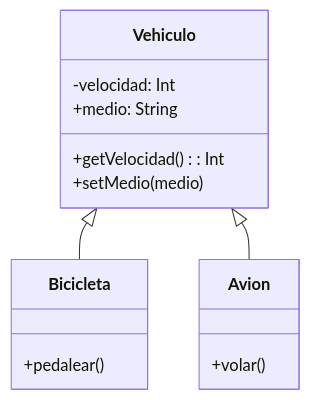
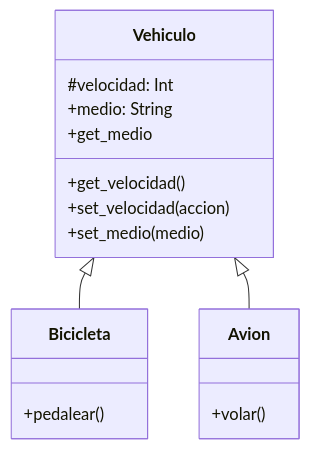
One commit to anahicabreracalisaya2/psg-oop-2025 changed the diagram in retos_sesion_05/ejercicio_01.md. Above: the diagram before and after it, drawn with Mermaid. The commit also changed other lines of this file and 1 other file, not shown here.

````diff
--- a/retos_sesion_05/ejercicio_01.md
+++ b/retos_sesion_05/ejercicio_01.md
@@ -30,18 +62,20 @@
 ```mermaid
 classDiagram
     class Vehiculo {
-        -velocidad: Int
+        #velocidad: Int
         +medio: String
-        +getVelocidad(): Int
-        +setMedio(medio)
+        +get_velocidad()
+        +set_velocidad(accion)
+        +get_medio
+        +set_medio(medio)
 
     }
     class Bicicleta {
         +pedalear()
     }
     class Avion {
         +volar()
     }
     Vehiculo <|-- Bicicleta
     Vehiculo <|-- Avion
 ```
````
